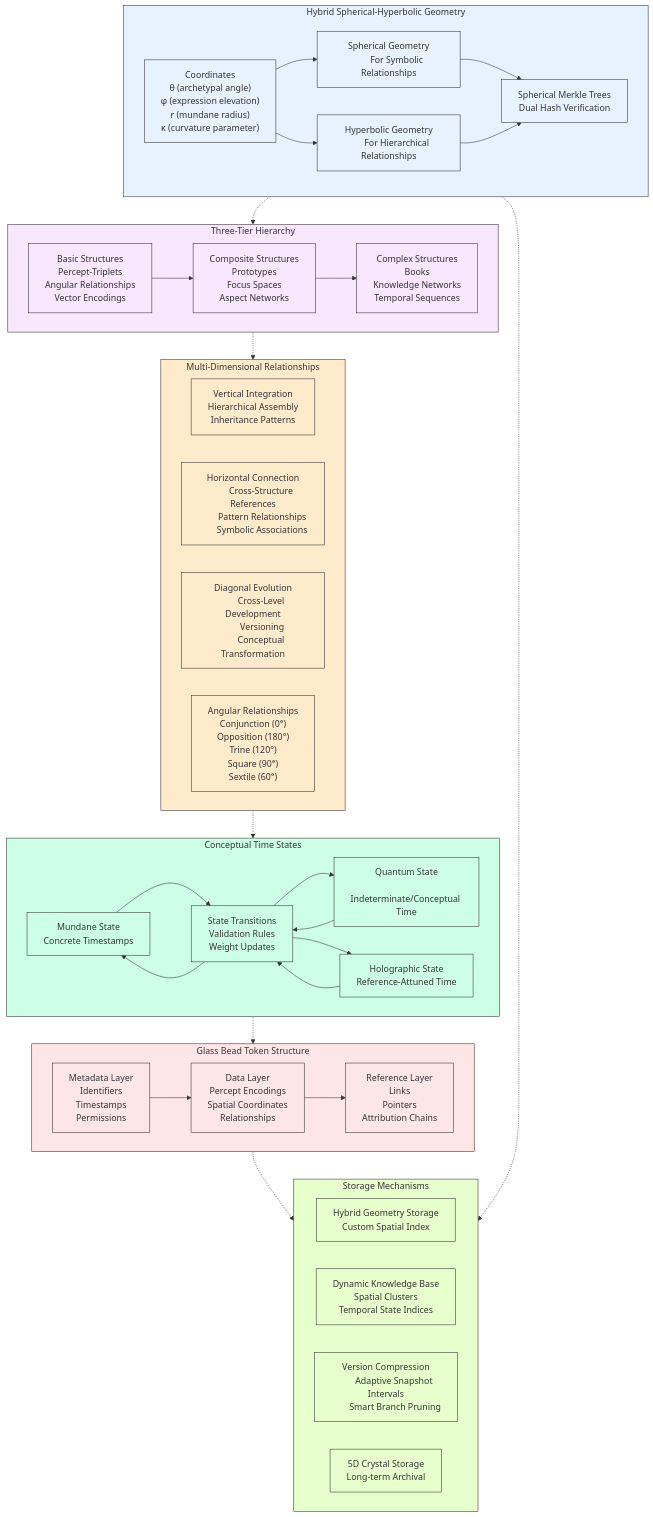
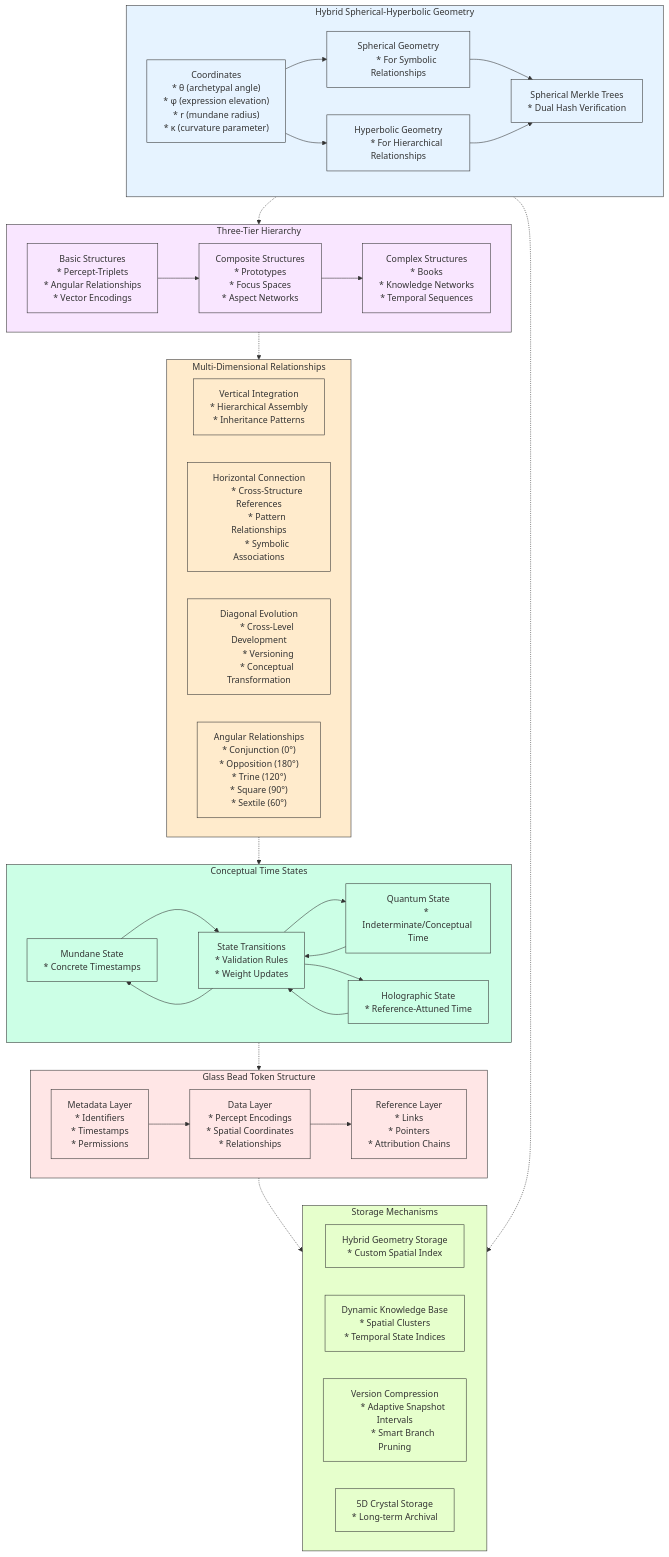
One commit to heavyblotto/memorativa changed the third of 3 diagrams in docs/3. the machine system/memorativa-3-1-the-machine-system.md. Above: the diagram before and after it, drawn with Mermaid. The commit also changed other lines of this file, not shown here.

```diff
--- a/docs/3. the machine system/memorativa-3-1-the-machine-system.md
+++ b/docs/3. the machine system/memorativa-3-1-the-machine-system.md
@@ -265,19 +265,19 @@
     %% Main Data Structure Elements
     subgraph HybridGeometry["Hybrid Spherical-Hyperbolic Geometry"]
         Coordinates["Coordinates
-        θ (archetypal angle)
-        φ (expression elevation)
-        r (mundane radius)
-        κ (curvature parameter)"]
+        * θ (archetypal angle)
+        * φ (expression elevation)
+        * r (mundane radius)
+        * κ (curvature parameter)"]
         
         SphericalGeometry["Spherical Geometry
-        For Symbolic Relationships"]
+        * For Symbolic Relationships"]
         
         HyperbolicGeometry["Hyperbolic Geometry
-        For Hierarchical Relationships"]
+        * For Hierarchical Relationships"]
         
         SphericalMerkle["Spherical Merkle Trees
-        Dual Hash Verification"]
+        * Dual Hash Verification"]
         
         Coordinates --> SphericalGeometry
         Coordinates --> HyperbolicGeometry
@@ -288,19 +288,19 @@
     %% Three-Tier Structure Hierarchy
     subgraph StructureHierarchy["Three-Tier Hierarchy"]
         BasicStructures["Basic Structures
-        Percept-Triplets
-        Angular Relationships
-        Vector Encodings"]
+        * Percept-Triplets
+        * Angular Relationships
+        * Vector Encodings"]
         
         CompositeStructures["Composite Structures
-        Prototypes
-        Focus Spaces
-        Aspect Networks"]
+        * Prototypes
+        * Focus Spaces
+        * Aspect Networks"]
         
         ComplexStructures["Complex Structures
-        Books
-        Knowledge Networks
-        Temporal Sequences"]
+        * Books
+        * Knowledge Networks
+        * Temporal Sequences"]
         
         BasicStructures --> CompositeStructures
         CompositeStructures --> ComplexStructures
@@ -309,41 +309,41 @@
     %% Relationship Types
     subgraph RelationshipTypes["Multi-Dimensional Relationships"]
         VerticalRelationships["Vertical Integration
-        Hierarchical Assembly
-        Inheritance Patterns"]
+        * Hierarchical Assembly
+        * Inheritance Patterns"]
         
         HorizontalRelationships["Horizontal Connection
-        Cross-Structure References
-        Pattern Relationships
-        Symbolic Associations"]
+        * Cross-Structure References
+        * Pattern Relationships
+        * Symbolic Associations"]
         
         DiagonalRelationships["Diagonal Evolution
-        Cross-Level Development
-        Versioning
-        Conceptual Transformation"]
+        * Cross-Level Development
+        * Versioning
+        * Conceptual Transformation"]
         
         AngularRelationships["Angular Relationships
-        Conjunction (0°)
-        Opposition (180°)
-        Trine (120°)
-        Square (90°)
-        Sextile (60°)"]
+        * Conjunction (0°)
+        * Opposition (180°)
+        * Trine (120°)
+        * Square (90°)
+        * Sextile (60°)"]
     end
     
     %% Temporal States
     subgraph TemporalStates["Conceptual Time States"]
         MundaneState["Mundane State
-        Concrete Timestamps"]
+        * Concrete Timestamps"]
         
         QuantumState["Quantum State
-        Indeterminate/Conceptual Time"]
+        * Indeterminate/Conceptual Time"]
         
         HolographicState["Holographic State
-        Reference-Attuned Time"]
+        * Reference-Attuned Time"]
         
         StateTransitions["State Transitions
-        Validation Rules
-        Weight Updates"]
+        * Validation Rules
+        * Weight Updates"]
         
         MundaneState --> StateTransitions
         QuantumState --> StateTransitions
@@ -356,19 +356,19 @@
     %% Connection to Glass Bead Tokens
     subgraph TokenStructure["Glass Bead Token Structure"]
         MetadataLayer["Metadata Layer
-        Identifiers
-        Timestamps
-        Permissions"]
+        * Identifiers
+        * Timestamps
+        * Permissions"]
         
         DataLayer["Data Layer
-        Percept Encodings
-        Spatial Coordinates
-        Relationships"]
+        * Percept Encodings
+        * Spatial Coordinates
+        * Relationships"]
         
         ReferenceLayer["Reference Layer
-        Links
-        Pointers
-        Attribution Chains"]
+        * Links
+        * Pointers
+        * Attribution Chains"]
         
         MetadataLayer --> DataLayer
         DataLayer --> ReferenceLayer
@@ -377,18 +377,18 @@
     %% Core Data Storage
     subgraph StorageMechanisms["Storage Mechanisms"]
         HybridGeometryStorage["Hybrid Geometry Storage
-        Custom Spatial Index"]
+        * Custom Spatial Index"]
         
         DynamicKnowledgeBase["Dynamic Knowledge Base
-        Spatial Clusters
-        Temporal State Indices"]
+        * Spatial Clusters
+        * Temporal State Indices"]
         
         VersionCompression["Version Compression
-        Adaptive Snapshot Intervals
-        Smart Branch Pruning"]
+        * Adaptive Snapshot Intervals
+        * Smart Branch Pruning"]
         
         FiveDCrystal["5D Crystal Storage
-        Long-term Archival"]
+        * Long-term Archival"]
     end
     
     %% Connect everything
```
